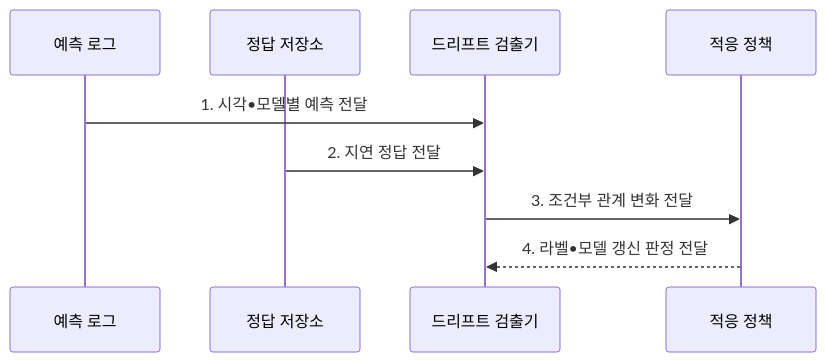
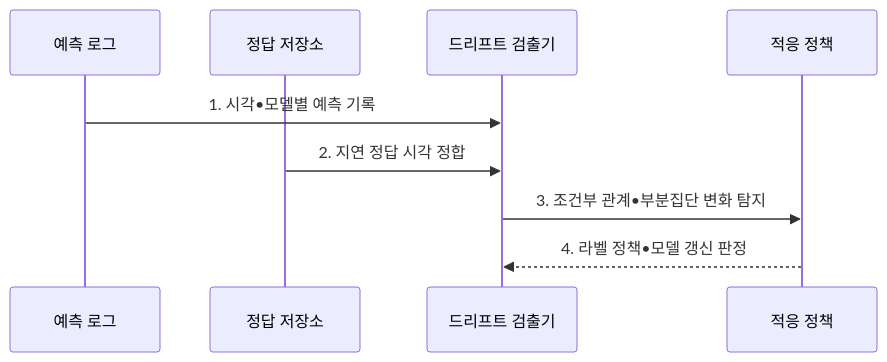
The second of 2 diagrams in src/content/docs/notes/08-latest-tech/135_concept_drift.md (agnusdei1207/knowledge-base), drawn with Mermaid before and after one commit. The commit also changed other lines of this file and 14 other files, not shown here.

````diff
--- a/src/content/docs/notes/08-latest-tech/135_concept_drift.md
+++ b/src/content/docs/notes/08-latest-tech/135_concept_drift.md
@@ -102,11 +102,11 @@
 ```mermaid
 sequenceDiagram
     participant P as 예측 로그
     participant L as 정답 저장소
     participant D as 드리프트 검출기
     participant A as 적응 정책
-    P->>D: 1. 시각•모델별 예측 전달
-    L->>D: 2. 지연 정답 전달
-    D->>A: 3. 조건부 관계 변화 전달
-    A-->>D: 4. 라벨•모델 갱신 판정 전달
+    P->>D: 1. 시각•모델별 예측 기록
+    L->>D: 2. 지연 정답 시각 정합
+    D->>A: 3. 조건부 관계•부분집단 변화 탐지
+    A-->>D: 4. 라벨 정책•모델 갱신 판정
 ```
````
